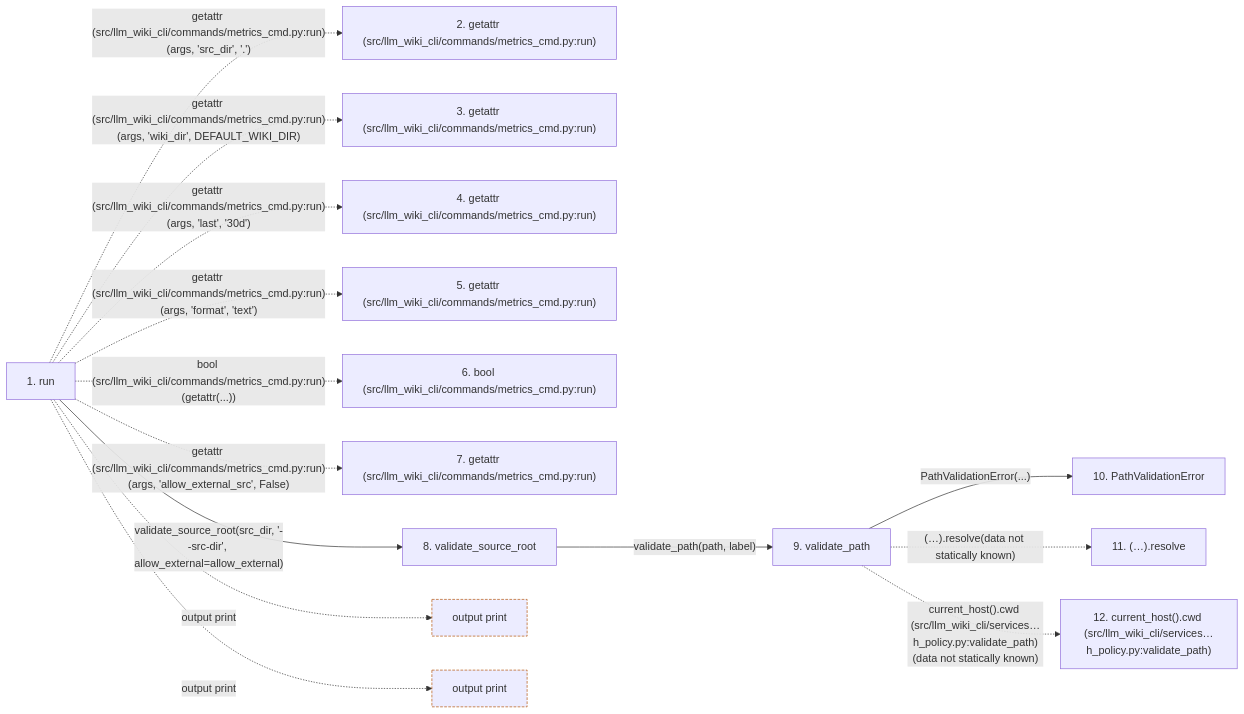
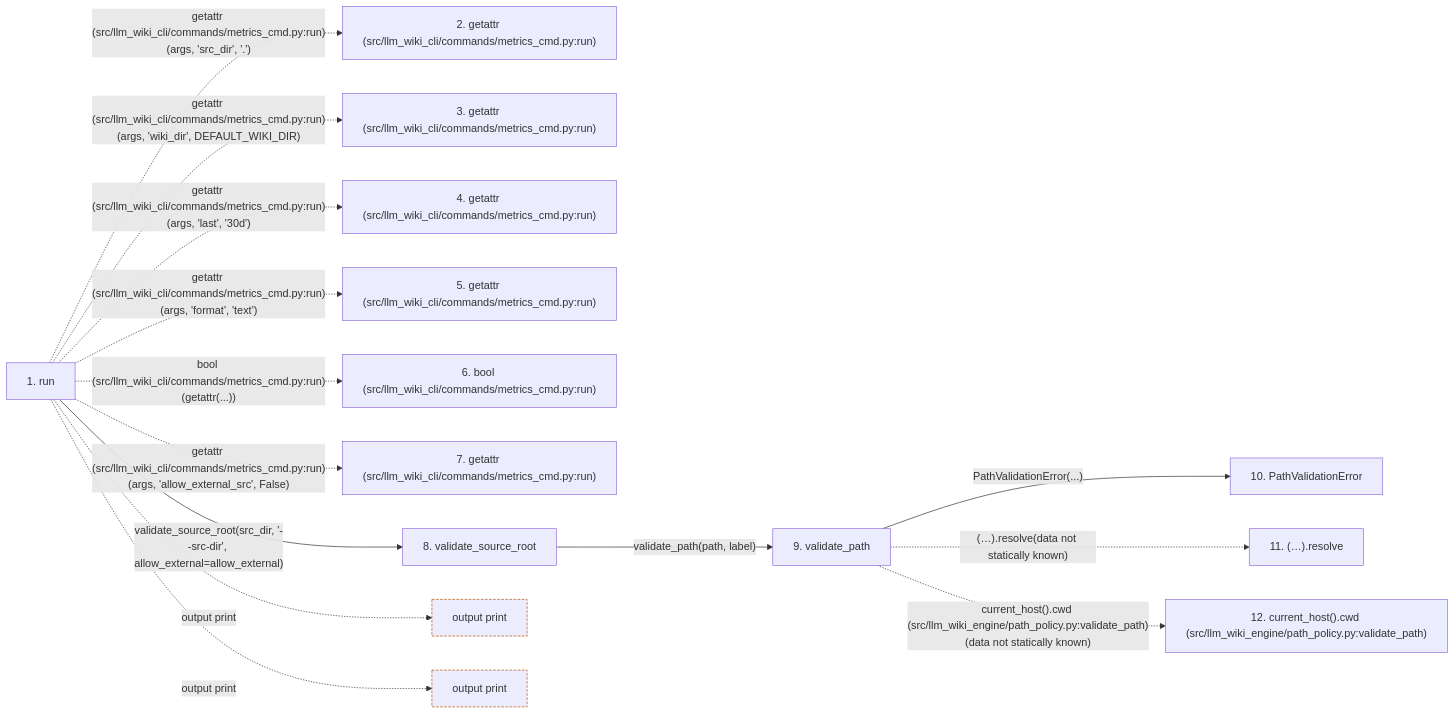
One commit to Denissvgn/python-wiki-llm changed the second of 2 diagrams in docs/llm_wiki/flows/cli-metrics.md. Above: the diagram before and after it, drawn with Mermaid. The commit also changed other lines of this file and 739 other files, not shown here.

First line of the commit message:
docs: refresh the wiki for the second engine batch

````diff
--- a/docs/llm_wiki/flows/cli-metrics.md
+++ b/docs/llm_wiki/flows/cli-metrics.md
@@ -167,37 +167,37 @@
 ```mermaid
 flowchart LR
     s1["1. run"]
     s2["2. getattr (src/llm_wiki_cli/commands/metrics_cmd.py:run)"]
     s3["3. getattr (src/llm_wiki_cli/commands/metrics_cmd.py:run)"]
     s4["4. getattr (src/llm_wiki_cli/commands/metrics_cmd.py:run)"]
     s5["5. getattr (src/llm_wiki_cli/commands/metrics_cmd.py:run)"]
     s6["6. bool (src/llm_wiki_cli/commands/metrics_cmd.py:run)"]
     s7["7. getattr (src/llm_wiki_cli/commands/metrics_cmd.py:run)"]
     s8["8. validate_source_root"]
     s9["9. validate_path"]
     s10["10. PathValidationError"]
     s11["11. (…).resolve"]
-    s12["12. current_host().cwd (src/llm_wiki_cli/services…h_policy.py:validate_path)"]
+    s12["12. current_host().cwd (src/llm_wiki_engine/path_policy.py:validate_path)"]
     s1 -. "getattr (src/llm_wiki_cli/commands/metrics_cmd.py:run)(args, 'src_dir', '.')" .-> s2
     s1 -. "getattr (src/llm_wiki_cli/commands/metrics_cmd.py:run)(args, 'wiki_dir', DEFAULT_WIKI_DIR)" .-> s3
     s1 -. "getattr (src/llm_wiki_cli/commands/metrics_cmd.py:run)(args, 'last', '30d')" .-> s4
     s1 -. "getattr (src/llm_wiki_cli/commands/metrics_cmd.py:run)(args, 'format', 'text')" .-> s5
     s1 -. "bool (src/llm_wiki_cli/commands/metrics_cmd.py:run)(getattr(...))" .-> s6
     s1 -. "getattr (src/llm_wiki_cli/commands/metrics_cmd.py:run)(args, 'allow_external_src', False)" .-> s7
     s1 -->|"validate_source_root(src_dir, '--src-dir', allow_external=allow_external)"| s8
     s8 -->|"validate_path(path, label)"| s9
     s9 -->|"PathValidationError(...)"| s10
     s9 -. "(…).resolve(data not statically known)" .-> s11
-    s9 -. "current_host().cwd (src/llm_wiki_cli/services…h_policy.py:validate_path)(data not statically known)" .-> s12
+    s9 -. "current_host().cwd (src/llm_wiki_engine/path_policy.py:validate_path)(data not statically known)" .-> s12
     b0["output print"]
     s1 -. "output print" .-> b0
     b1["output print"]
     s1 -. "output print" .-> b1
     click s1 "../modules/metrics_cmd.md"
     click s8 "../modules/path_policy.md"
     click s9 "../modules/path_policy.md"
     click s10 "../modules/path_policy.md"
     classDef boundary stroke:#b45309,stroke-dasharray: 4 2
     class b0 boundary
     class b1 boundary
 ```
````
